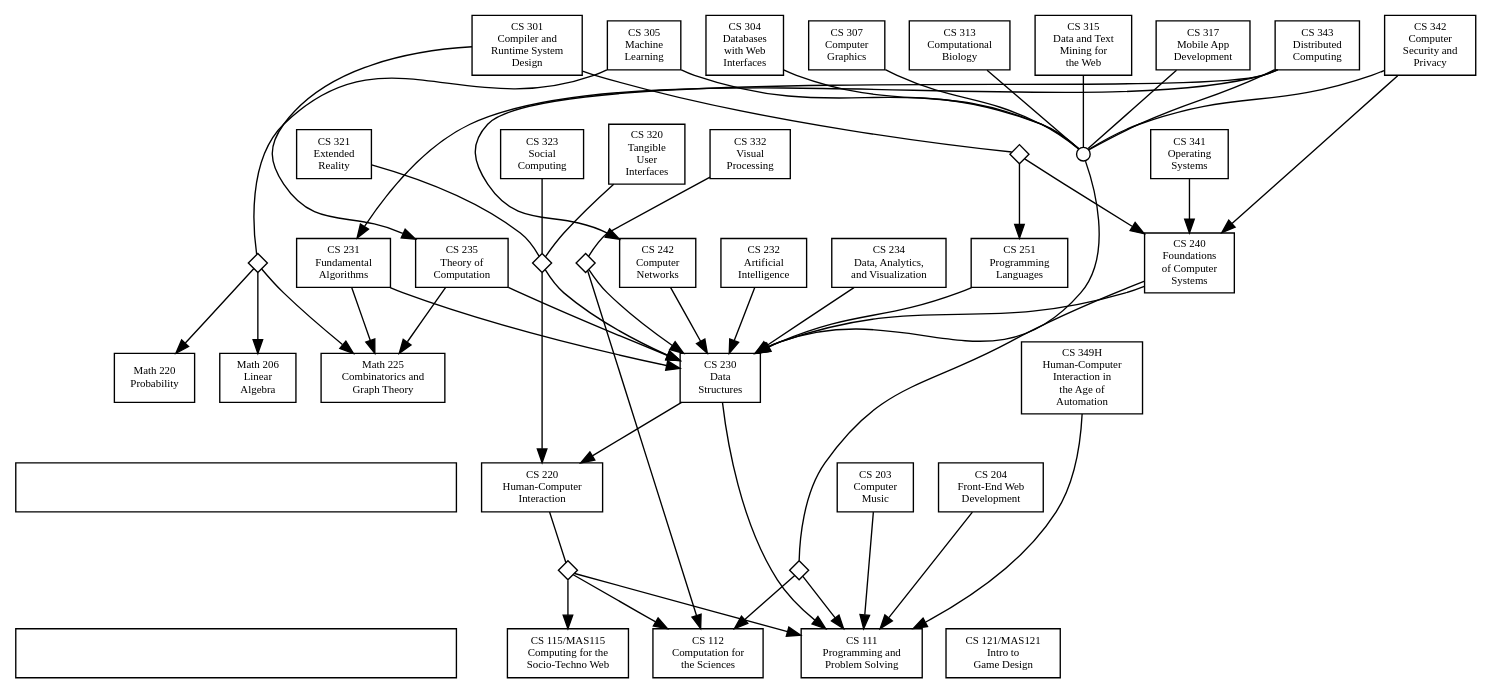
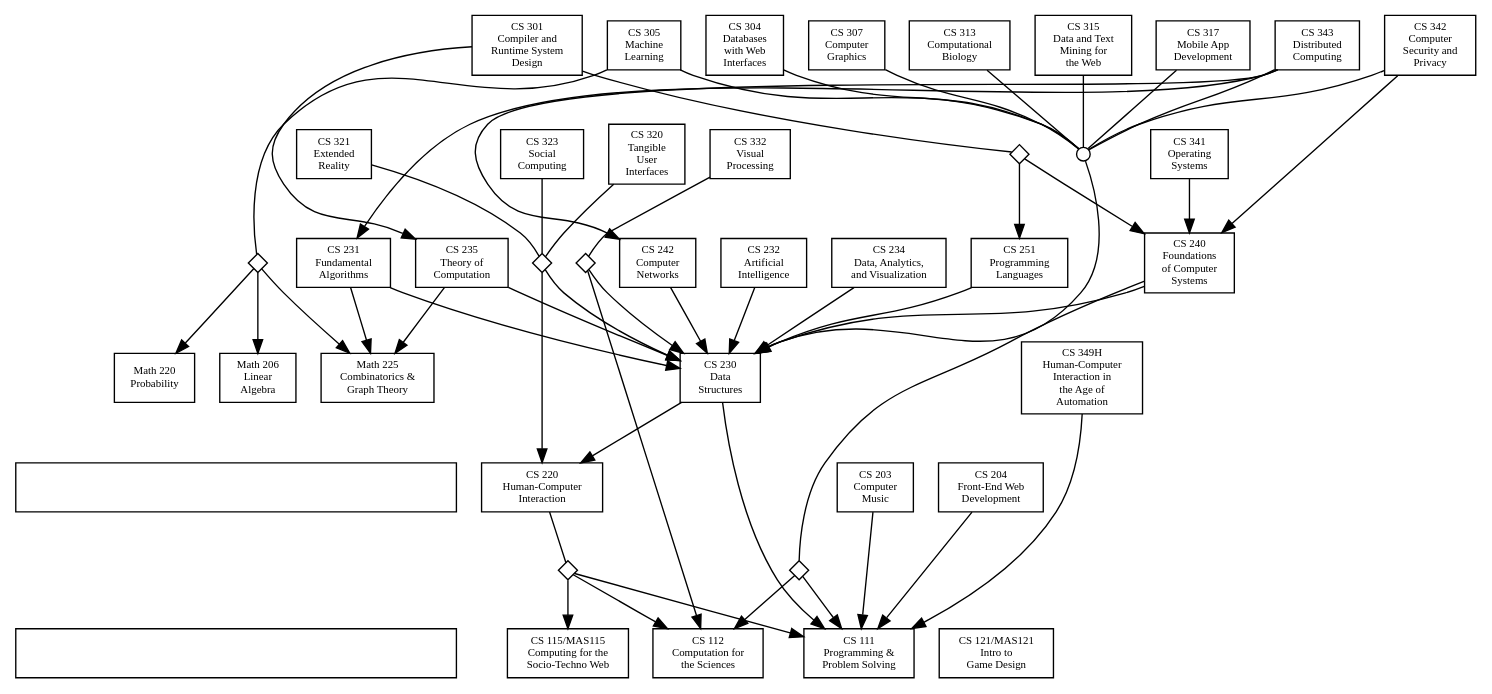
One commit to solsword/prereqs changed the diagram in prereqs.dot. Above: the diagram before and after it, drawn with Graphviz. The commit also changed 1 other file, not shown here.

```diff
--- a/prereqs.dot
+++ b/prereqs.dot
@@ -1,134 +1,134 @@
 digraph Course_Prerequisites {
   // Default properties for every node
   node [shape="rectangle", fontsize="8", style="filled", fillcolor="white"];
 
   // Node for the descriptions to be placed into
   desctop [label="", class="desc-top", width=4.5]
   descbot [label="", class="desc-bot", width=4.5]
   desctop -> descbot [style="invis"]
 
   // Nodes (classes plus grouping nodes)
-  cs111 [label="CS 111\nProgramming and\nProblem Solving", class="core intro"]
+  cs111 [label="CS 111\nProgramming &\nProblem Solving", class="core intro"]
   cs112 [label="CS 112\nComputation for\nthe Sciences", class="intro"]
   cs115 [label="CS 115/MAS115\nComputing for the\nSocio-Techno Web", class="intro"]
   cs121 [label="CS 121/MAS121\nIntro to\nGame Design", class="intro"]
 
   cs230 [label="CS 230\nData\nStructures", class="core"]
   cs230up [label="", shape="circle", width="0.14", height="0.14", class="group"]
   cs240 [label="CS 240\nFoundations\nof Computer\nSystems", class="core"]
   cs111or112 [label="", shape="diamond", width="0.2", height="0.2", class="opt"]
   cs231 [label="CS 231\nFundamental\nAlgorithms", class="core"]
   cs235 [label="CS 235\nTheory of\nComputation", class="core"]
   cs251 [label="CS 251\nProgramming\nLanguages", class="core"] 
   cs230 -> cs220 [class="invisible"]
 
-  math225 [label="Math 225\nCombinatorics and\nGraph Theory", class="math required"]
+  math225 [label="Math 225\nCombinatorics &\nGraph Theory", class="math required"]
   math206 [label="Math 206\nLinear\nAlgebra", class="math"]
   math220 [label="Math 220\nProbability", class="math"]
 
   cs203 [label="CS 203\nComputer\nMusic", class="elective spring"]
   cs204 [label="CS 204\nFront-End Web\nDevelopment", class="elective fall"]
   cs220 [label="CS 220\nHuman-Computer\nInteraction", class="elective"]
   cs111or112or115 [label="", shape="diamond", width="0.2", height="0.2", class="opt"]
   cs232 [label="CS 232\nArtificial\nIntelligence", class="elective spring"]
   cs234 [label="CS 234\nData, Analytics,\nand Visualization", class="elective fall"]
   cs242 [label="CS 242\nComputer\nNetworks", class="elective fall"]
 
   cs301 [label="CS 301\nCompiler and\nRuntime System\nDesign", class="elective spring"]
   cs240or251 [label="", shape="diamond", width="0.2", height="0.2", class="opt"]
   cs304 [label="CS 304\nDatabases\nwith Web\nInterfaces", class="elective"]
   cs305 [label="CS 305\nMachine\nLearning", class="elective notoffered"]
   math225or206or220 [label="", shape="diamond", width="0.2", height="0.2", class="opt"]
   cs307 [label="CS 307\nComputer\nGraphics", class="elective spring"]
   cs313 [label="CS 313\nComputational\nBiology", class="elective notoffered"]
   cs315 [label="CS 315\nData and Text\nMining for\nthe Web", class="elective fall"]
   cs317 [label="CS 317\nMobile App\nDevelopment", class="elective spring"]
   cs230or220 [label="", shape="diamond", width="0.2", height="0.2", class="opt"]
   cs320 [label="CS 320\nTangible\nUser\nInterfaces", class="elective fall"]
   cs321 [label="CS 321\nExtended\nReality", class="elective spring"]
   cs323 [label="CS 323\nSocial\nComputing", class="elective notoffered"]
 
   cs332 [label="CS 332\nVisual\nProcessing", class="elective fall"]
   cs112or230 [label="", shape="diamond", width="0.2", height="0.2", class="opt"]
   cs341 [label="CS 341\nOperating\nSystems", class="elective fall"]
   cs342 [label="CS 342\nComputer\nSecurity and\nPrivacy", class="elective fall"]
   cs343 [label="CS 343\nDistributed\nComputing", class="elective notoffered"]
   cs349H [label="CS 349H\nHuman-Computer\nInteraction in\nthe Age of\nAutomation", class="elective spring"]
 
   // Arrangement of the nodes into rank groups
   {rank=same cs111 cs112 cs115 cs121 descbot}
 
   {rank=same cs203 cs204 cs220 desctop}
 
   {rank=same
     cs230
     math206 math220 math225
     cs349H
   }
 
   {rank=same
     cs240
     cs231 cs235 cs251
     cs232 cs234 cs242
   }
 
   {rank=same
     cs301
     cs317
 
     cs304 cs305 cs307
     cs313 cs315
     cs342 cs343
   }
 
   {rank=same
     cs320 cs321 cs323
     cs332
     cs341
   }
 
   // Edges (course prerequisites)
   // In some ca
   cs203 -> cs111
   cs204 -> cs111
   cs220 -> cs111or112or115 [arrowhead="none", class="options"]
   cs111or112or115 -> { cs111, cs112, cs115 } [class="option"]
 
   cs230 -> cs111
   cs230up -> cs230
   cs240 -> cs230
   cs240 -> cs111or112 [arrowhead="none", class="options"]
   cs111or112 -> { cs111, cs112 } [class="option"]
   cs231 -> { cs230, math225 }
   cs235 -> { cs230, math225 }
   cs251 -> cs230
 
   cs232 -> cs230
   cs234 -> cs230
   cs242 -> cs230
 
   cs301 -> cs240or251 [arrowhead="none", class="options"]
   cs240or251 -> { cs240, cs251 } [class="option"]
   cs301 -> cs235 [class="recommended" constraint=false]
   cs304 -> cs230up [arrowhead="none", class="grouping"]
   cs305 -> cs230up [arrowhead="none", class="grouping"]
   cs305 -> math225or206or220 [arrowhead="none", class="options"]
   math225or206or220 -> { math225, math206, math220 } [class="option"]
   cs307 -> cs230up [arrowhead="none", class="grouping"]
   cs317 -> cs230up [arrowhead="none", class="grouping"]
 
   cs313 -> cs230up [arrowhead="none", class="grouping"]
   cs315 -> cs230up [arrowhead="none", class="grouping"]
   cs320 -> cs230or220 [arrowhead="none", class="options"]
   cs230or220 -> { cs220, cs230 } [class="option"]
   cs321 -> cs230or220 [arrowhead="none", class="options"]
   cs323 -> cs230or220 [arrowhead="none", class="options"]
   cs332 -> cs112or230 [arrowhead="none", class="options"]
   cs112or230 -> { cs112, cs230 } [class="option"]
   cs341 -> cs240
   cs342 -> cs230up [arrowhead="none", class="grouping"]
   cs342 -> cs240
   cs343 -> cs230up [arrowhead="none", class="grouping"]
   cs343 -> { cs231, cs242 } [class="recommended" constraint=false]
   cs349H -> cs111 // Much more complicated than this!
 }
```
